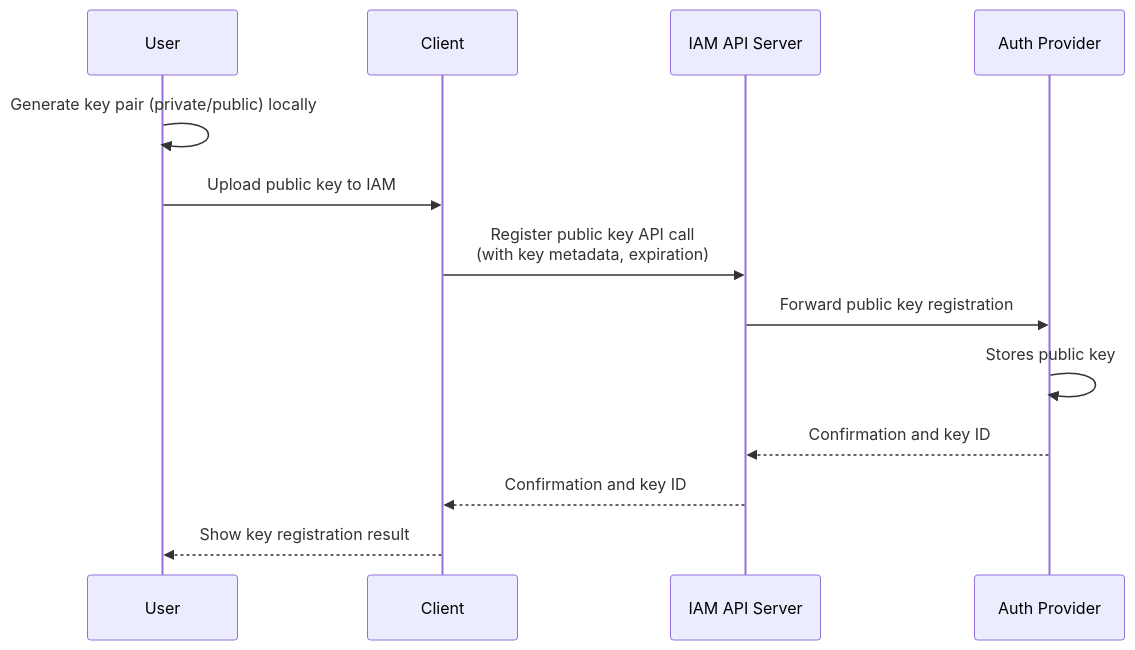
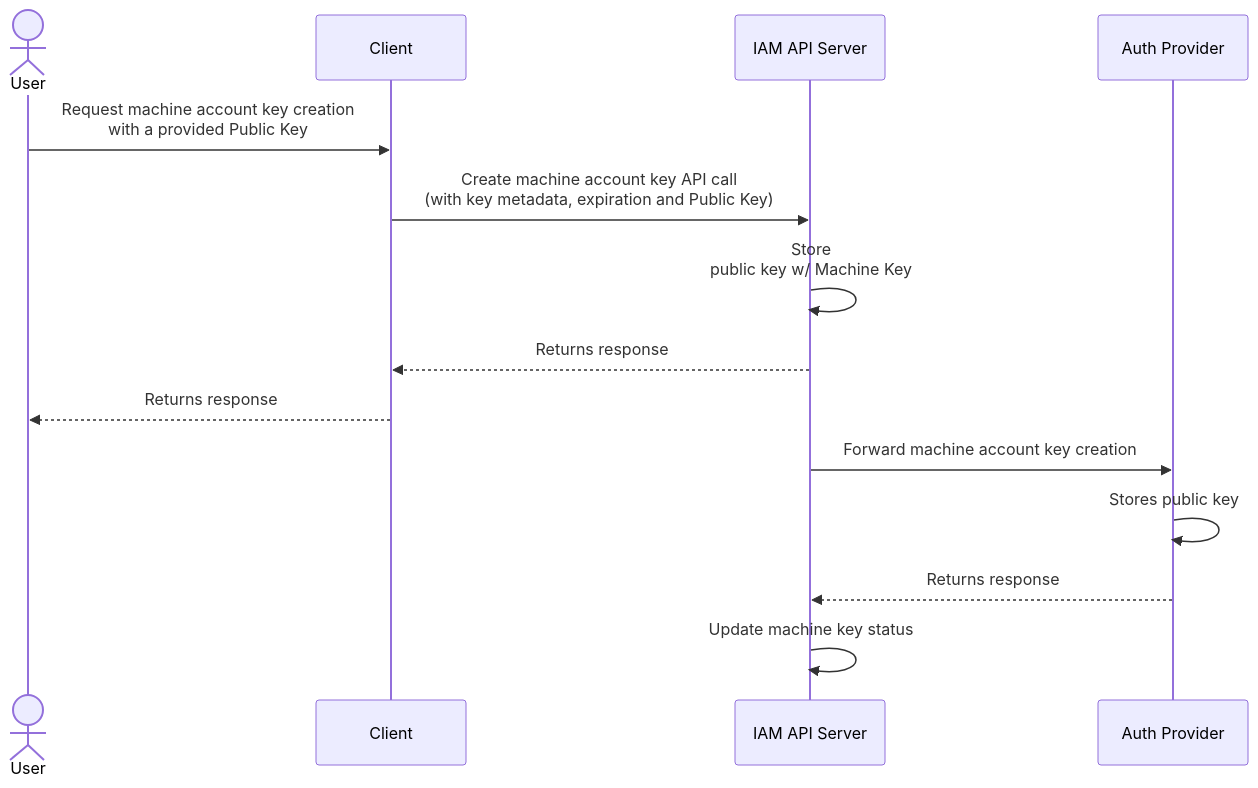
Diagram 11 of 13 in enhancements/platform/identity-and-access-management/authentication/README.md (datum-cloud/enhancements), drawn with Mermaid before and after one commit. The commit also changed other lines of this file, not shown here.

Commit message:
chore: update machine acckout key flow

````diff
--- a/enhancements/platform/identity-and-access-management/authentication/README.md
+++ b/enhancements/platform/identity-and-access-management/authentication/README.md
@@ -689,16 +691,17 @@
 ```mermaid
 sequenceDiagram
-    participant User as User
+    actor User as User
     participant Client as Client
     participant IAM as IAM API Server
     participant AuthZ as Auth Provider
 
-    User->>User: Generate key pair (private/public) locally
-    User->>Client: Upload public key to IAM
-    Client->>IAM: Register public key API call <br> (with key metadata, expiration)
-    IAM->>AuthZ: Forward public key registration
+    User->>Client: Request machine account key creation <br> with a provided Public Key
+    Client->>IAM: Create machine account key API call <br> (with key metadata, expiration and Public Key)
+    IAM->>IAM: Store <br> public key w/ Machine Key
+    IAM-->>Client: Returns response
+    Client-->>User: Returns response
+    IAM->>AuthZ: Forward machine account key creation
     AuthZ->>AuthZ: Stores public key
-    AuthZ-->>IAM: Confirmation and key ID
-    IAM-->>Client: Confirmation and key ID
-    Client-->>User: Show key registration result
+    AuthZ-->>IAM: Returns response
+    IAM->>IAM: Update machine key status
 ```
````
